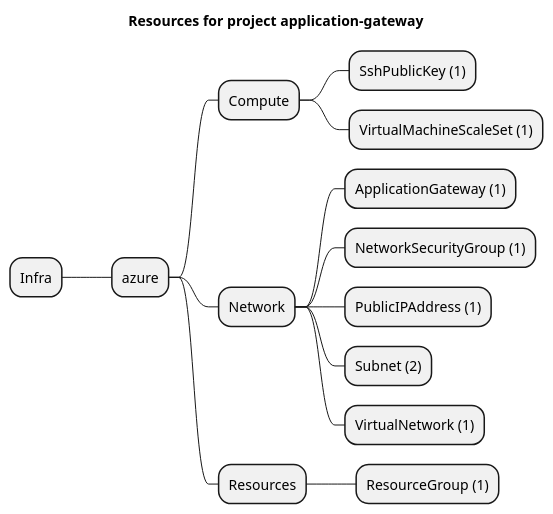
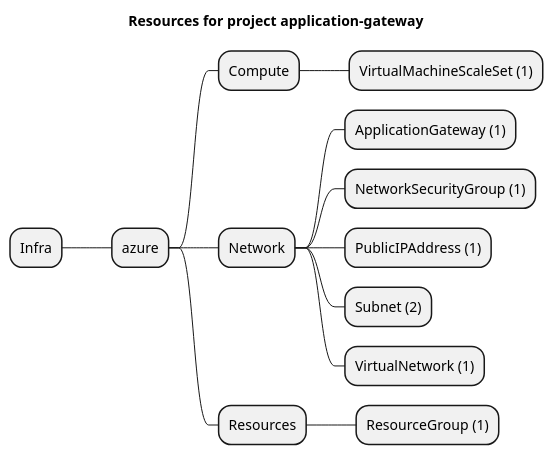
Before and after one commit to grucloud/grucloud: the diagram in examples/azure/Network/application-gateway/artifacts/resources-mindmap.puml, drawn with PlantUML. The commit also changed 13 other files, not shown here.

```diff
--- a/examples/azure/Network/application-gateway/artifacts/resources-mindmap.puml
+++ b/examples/azure/Network/application-gateway/artifacts/resources-mindmap.puml
@@ -1,17 +1,16 @@
 @startmindmap
 title Resources for project application-gateway
 skinparam monochrome true
 + Infra
 ++ azure
 +++ Compute
-++++ SshPublicKey (1)
 ++++ VirtualMachineScaleSet (1)
 +++ Network
 ++++ ApplicationGateway (1)
 ++++ NetworkSecurityGroup (1)
 ++++ PublicIPAddress (1)
 ++++ Subnet (2)
 ++++ VirtualNetwork (1)
 +++ Resources
 ++++ ResourceGroup (1)
 @endmindmap
```
